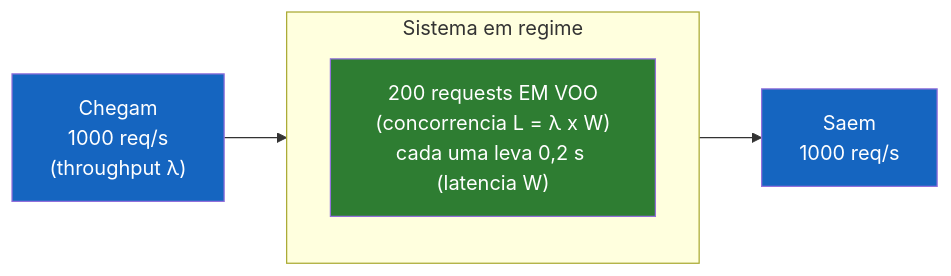
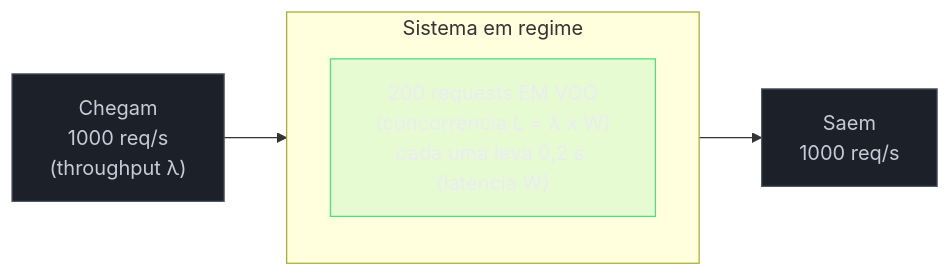
One commit to josenaldo/codex-technomanticus changed the fourth of 5 diagrams in 03-Dominios/Ciência/Redes e Protocolos/12 - Latência, throughput e os números.md. Above: the diagram before and after it, drawn with Mermaid. The commit also changed other lines of this file and 1181 other files, not shown here.

First line of the commit message:
fix(diagramas): paleta do sistema no lugar de cor cravada no markdown

````diff
--- a/03-Dominios/Ciência/Redes e Protocolos/12 - Latência, throughput e os números.md
+++ b/03-Dominios/Ciência/Redes e Protocolos/12 - Latência, throughput e os números.md
@@ -218,14 +223,16 @@
 ```mermaid
 flowchart LR
+    classDef neutro fill:#1B2029,stroke:#4E5666,color:#C6CCD8
+    classDef ok fill:#4ADE8021,stroke:#4ADE80,color:#E9ECF2
     IN["Chegam<br/>1000 req/s<br/>(throughput &lambda;)"] --> SYS
 
     subgraph SYS["Sistema em regime"]
         FLIGHT["200 requests EM VOO<br/>(concorrencia L = &lambda; x W)<br/>cada uma leva 0,2 s (latencia W)"]
     end
 
     SYS --> OUT["Saem<br/>1000 req/s"]
 
-    style IN fill:#1565c0,color:#fff
-    style FLIGHT fill:#2e7d32,color:#fff
-    style OUT fill:#1565c0,color:#fff
+    class IN neutro
+    class FLIGHT ok
+    class OUT neutro
 ```
````
